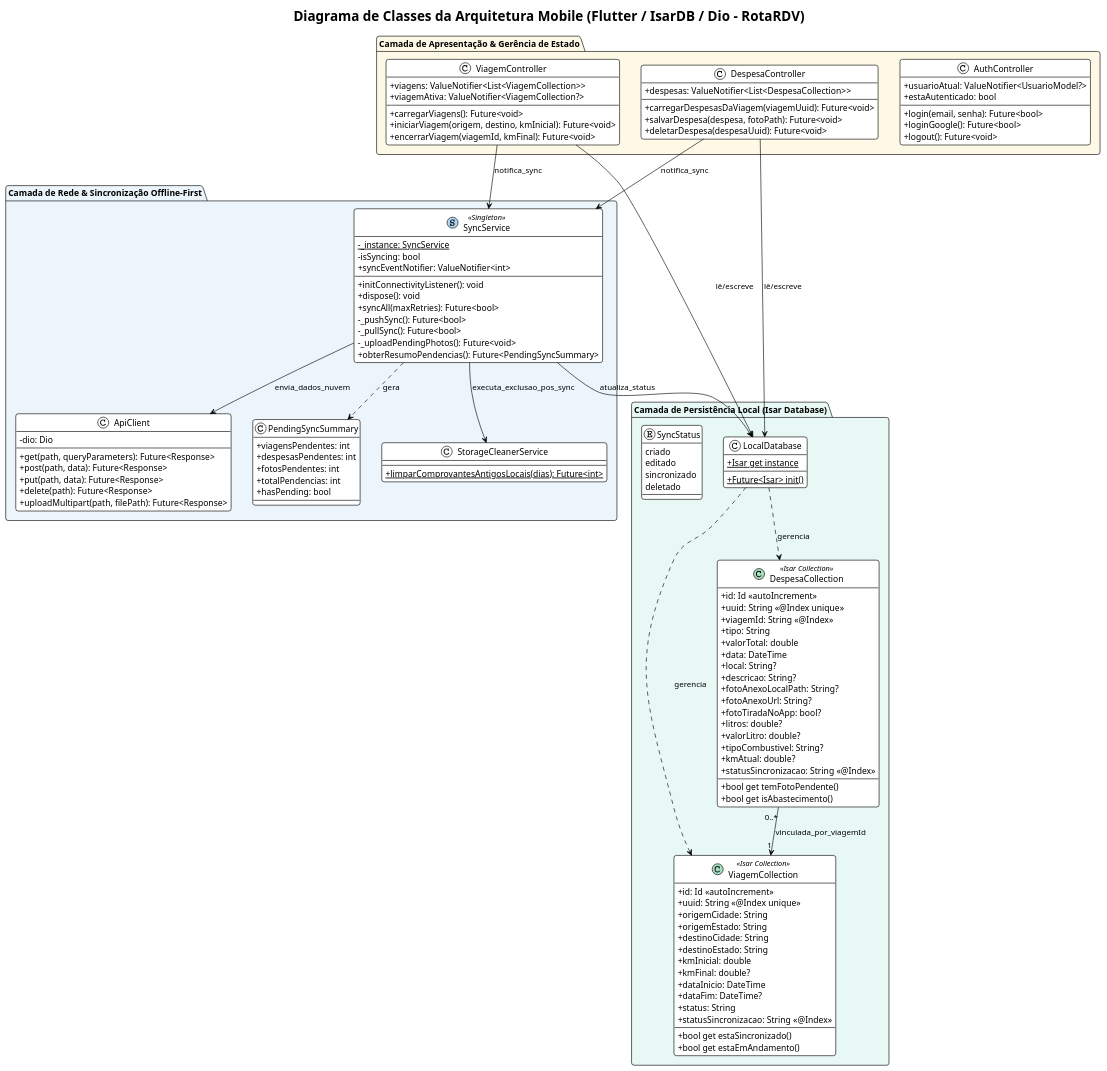
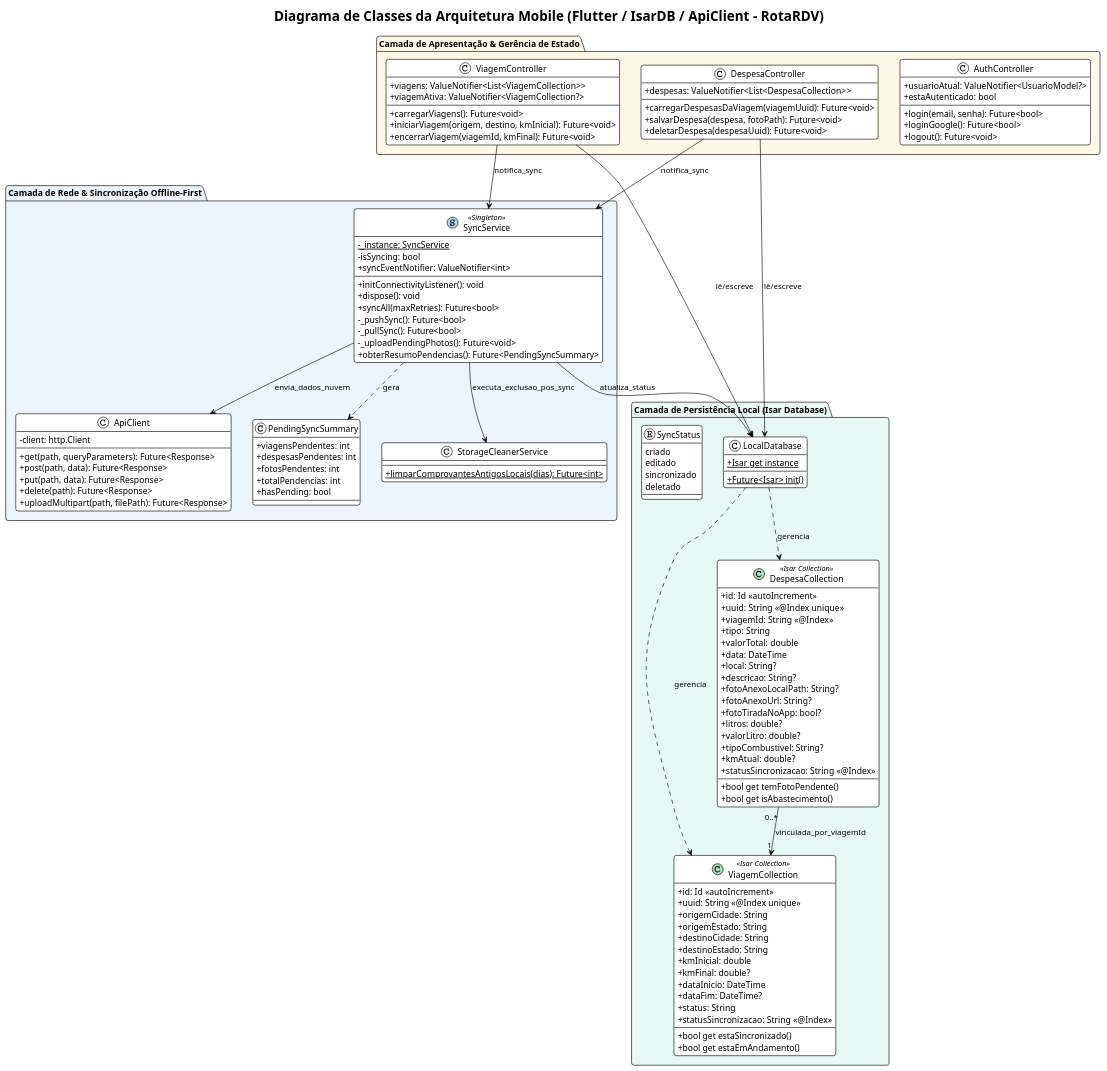
Before and after one commit to Luisdevux/RotaRDV-API: the diagram in documentacao/diagramas/classe/diagrama_classes_mobile.puml, drawn with PlantUML. The commit also changed 19 other files, not shown here.

Commit message:
docs(Diagrmas): Corrige alguns pontos nos diagramas para refletir corretamente a implementação

```diff
--- a/documentacao/diagramas/classe/diagrama_classes_mobile.puml
+++ b/documentacao/diagramas/classe/diagrama_classes_mobile.puml
@@ -1,142 +1,142 @@
 @startuml
 !theme plain
 skinparam classAttributeIconSize 0
 skinparam defaultFontName Arial
 skinparam roundCorner 8
 skinparam shadowing false
 
-title **Diagrama de Classes da Arquitetura Mobile (Flutter / IsarDB / Dio - RotaRDV)**
+title **Diagrama de Classes da Arquitetura Mobile (Flutter / IsarDB / ApiClient - RotaRDV)**
 
 package "Camada de Persistência Local (Isar Database)" #E8F8F5 {
   class LocalDatabase {
     +{static} Future<Isar> init()
     +{static} Isar get instance
   }
 
   enum SyncStatus {
     criado
     editado
     sincronizado
     deletado
   }
 
   class ViagemCollection <<(C,#A9DFBF) Isar Collection>> {
     +id: Id <<autoIncrement>>
     +uuid: String <<@Index unique>>
     +origemCidade: String
     +origemEstado: String
     +destinoCidade: String
     +destinoEstado: String
     +kmInicial: double
     +kmFinal: double?
     +dataInicio: DateTime
     +dataFim: DateTime?
     +status: String
     +statusSincronizacao: String <<@Index>>
     --
     +bool get estaSincronizado()
     +bool get estaEmAndamento()
   }
 
   class DespesaCollection <<(C,#A9DFBF) Isar Collection>> {
     +id: Id <<autoIncrement>>
     +uuid: String <<@Index unique>>
     +viagemId: String <<@Index>>
     +tipo: String
     +valorTotal: double
     +data: DateTime
     +local: String?
     +descricao: String?
     +fotoAnexoLocalPath: String?
     +fotoAnexoUrl: String?
     +fotoTiradaNoApp: bool?
     +litros: double?
     +valorLitro: double?
     +tipoCombustivel: String?
     +kmAtual: double?
     +statusSincronizacao: String <<@Index>>
     --
     +bool get temFotoPendente()
     +bool get isAbastecimento()
   }
 }
 
 package "Camada de Rede & Sincronização Offline-First" #EBF5FB {
   class ApiClient {
-    -dio: Dio
+    -client: http.Client
     +get(path, queryParameters): Future<Response>
     +post(path, data): Future<Response>
     +put(path, data): Future<Response>
     +delete(path): Future<Response>
     +uploadMultipart(path, filePath): Future<Response>
   }
 
   class SyncService <<(S,#AED6F1) Singleton>> {
     -{static} _instance: SyncService
     -isSyncing: bool
     +syncEventNotifier: ValueNotifier<int>
     --
     +initConnectivityListener(): void
     +dispose(): void
     +syncAll(maxRetries): Future<bool>
     -_pushSync(): Future<bool>
     -_pullSync(): Future<bool>
     -_uploadPendingPhotos(): Future<void>
     +obterResumoPendencias(): Future<PendingSyncSummary>
   }
 
   class PendingSyncSummary {
     +viagensPendentes: int
     +despesasPendentes: int
     +fotosPendentes: int
     +totalPendencias: int
     +hasPending: bool
   }
 
   class StorageCleanerService {
     +{static} limparComprovantesAntigosLocais(dias): Future<int>
   }
 }
 
 package "Camada de Apresentação & Gerência de Estado" #FEF9E7 {
   class AuthController {
     +usuarioAtual: ValueNotifier<UsuarioModel?>
     +estaAutenticado: bool
     +login(email, senha): Future<bool>
     +loginGoogle(): Future<bool>
     +logout(): Future<void>
   }
 
   class ViagemController {
     +viagens: ValueNotifier<List<ViagemCollection>>
     +viagemAtiva: ValueNotifier<ViagemCollection?>
     +carregarViagens(): Future<void>
     +iniciarViagem(origem, destino, kmInicial): Future<void>
     +encerrarViagem(viagemId, kmFinal): Future<void>
   }
 
   class DespesaController {
     +despesas: ValueNotifier<List<DespesaCollection>>
     +carregarDespesasDaViagem(viagemUuid): Future<void>
     +salvarDespesa(despesa, fotoPath): Future<void>
     +deletarDespesa(despesaUuid): Future<void>
   }
 }
 
 ' Relacionamentos
 LocalDatabase ..> ViagemCollection : gerencia
 LocalDatabase ..> DespesaCollection : gerencia
 
 ViagemController --> LocalDatabase : lê/escreve
 ViagemController --> SyncService : notifica_sync
 DespesaController --> LocalDatabase : lê/escreve
 DespesaController --> SyncService : notifica_sync
 
 SyncService --> ApiClient : envia_dados_nuvem
 SyncService --> LocalDatabase : atualiza_status
 SyncService --> StorageCleanerService : executa_exclusao_pos_sync
 SyncService ..> PendingSyncSummary : gera
 
 DespesaCollection "0..*" --> "1" ViagemCollection : vinculada_por_viagemId
 
 @enduml
```
